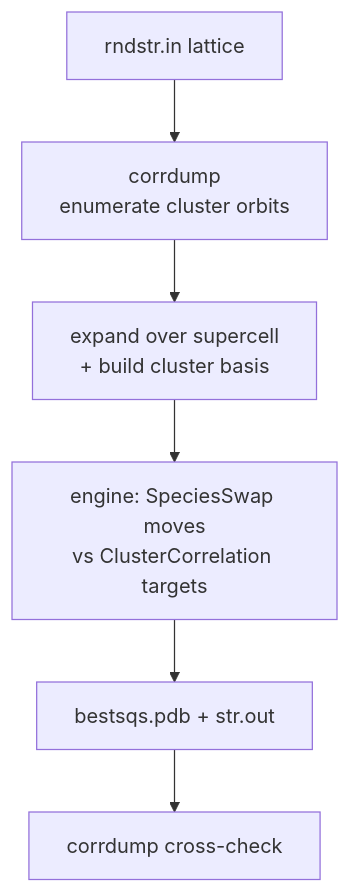
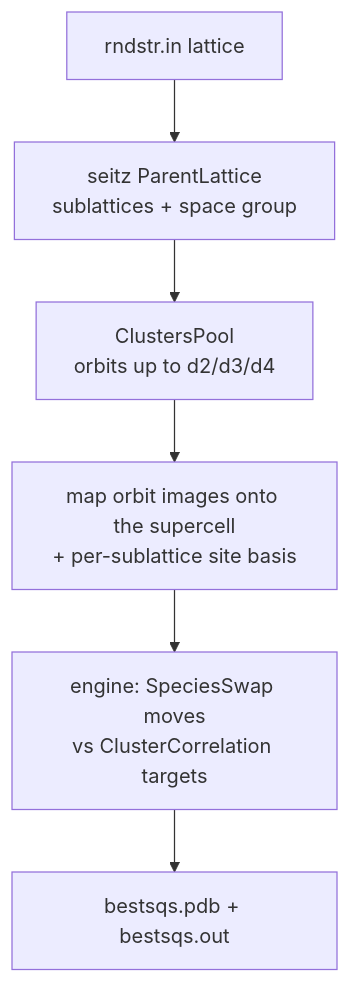
Before and after one commit to reach2sayan/ReverseMonteCarlo: the third of 3 diagrams in DESIGN.md, drawn with Mermaid. The commit also changed other lines of this file and 127 other files, not shown here.

````diff
--- a/DESIGN.md
+++ b/DESIGN.md
@@ -253,8 +261,8 @@
 ```mermaid
 flowchart TD
-    L[rndstr.in lattice] --> CD[corrdump<br/>enumerate cluster orbits]
-    CD --> EX[expand over supercell<br/>+ build cluster basis]
+    L[rndstr.in lattice] --> PL[seitz ParentLattice<br/>sublattices + space group]
+    PL --> CP[ClustersPool<br/>orbits up to d2/d3/d4]
+    CP --> EX[map orbit images onto the supercell<br/>+ per-sublattice site basis]
     EX --> EN[engine: SpeciesSwap moves<br/>vs ClusterCorrelation targets]
-    EN --> OUT[bestsqs.pdb + str.out]
-    OUT --> CK[corrdump cross-check]
+    EN --> OUT[bestsqs.pdb + bestsqs.out]
 ```
````
